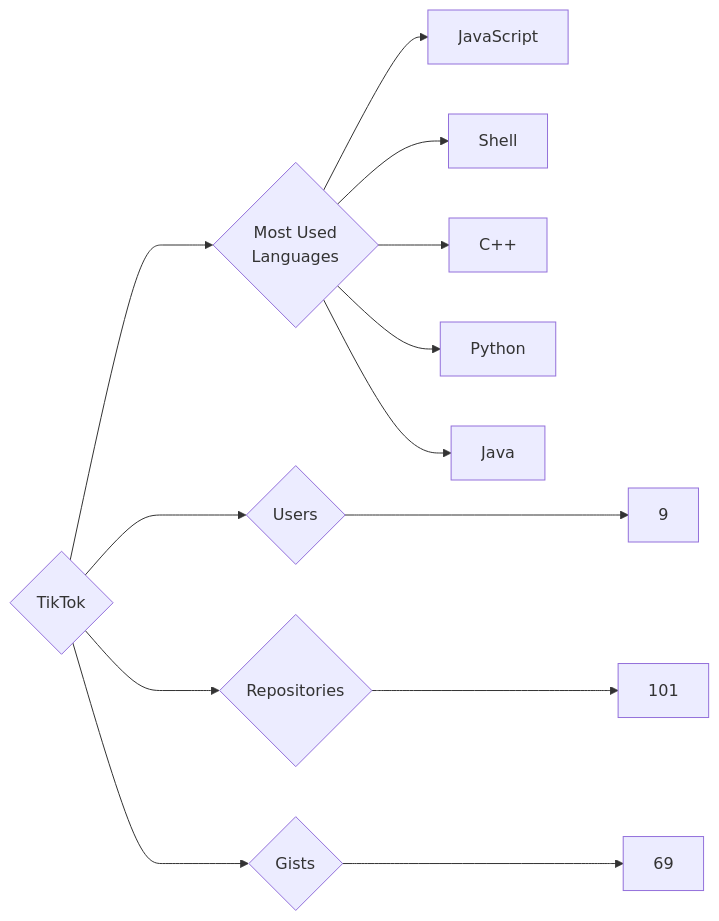
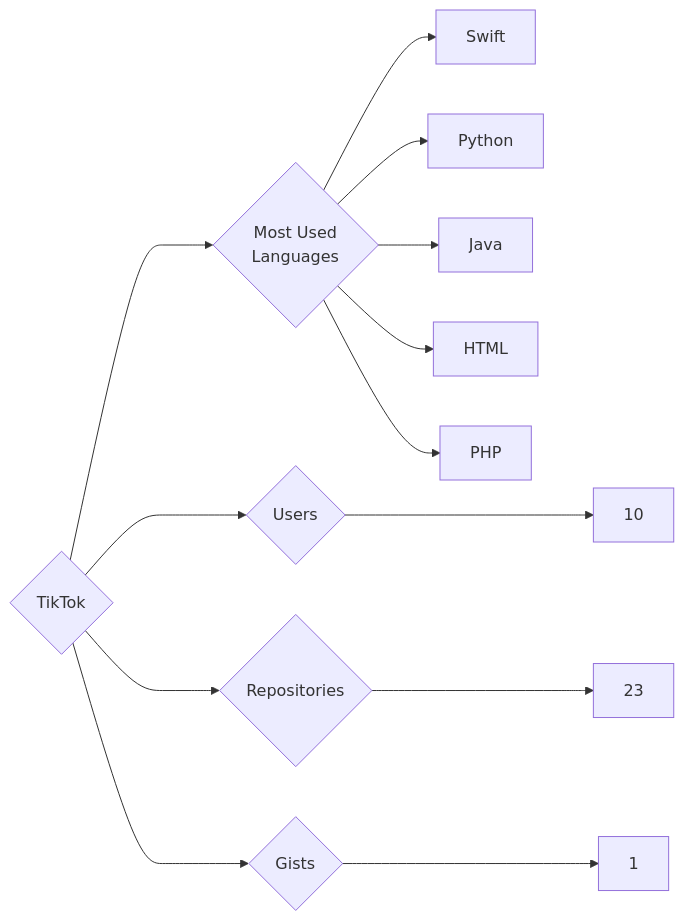
The diagram in targets/TikTok/README.md (trickest/insiders), drawn with Mermaid before and after one commit. The commit also changed 1696 other files, not shown here.

````diff
--- a/targets/TikTok/README.md
+++ b/targets/TikTok/README.md
@@ -3,13 +3,13 @@
 ```mermaid
 graph LR
 COMPANY_NAME{TikTok}
-COMPANY_NAME ---> U{Users} ---> UN[9]
-COMPANY_NAME ---> R{Repositories} ---> RN[101]
-COMPANY_NAME ---> G{Gists} ---> GN[69]
+COMPANY_NAME ---> U{Users} ---> UN[10]
+COMPANY_NAME ---> R{Repositories} ---> RN[23]
+COMPANY_NAME ---> G{Gists} ---> GN[1]
 COMPANY_NAME ---> ML{Most Used<br>Languages}
-ML --> JavaScript[JavaScript]
-ML --> Shell[Shell]
-ML --> C++[C++]
+ML --> Swift[Swift]
 ML --> Python[Python]
 ML --> Java[Java]
+ML --> HTML[HTML]
+ML --> PHP[PHP]
 ```
````
